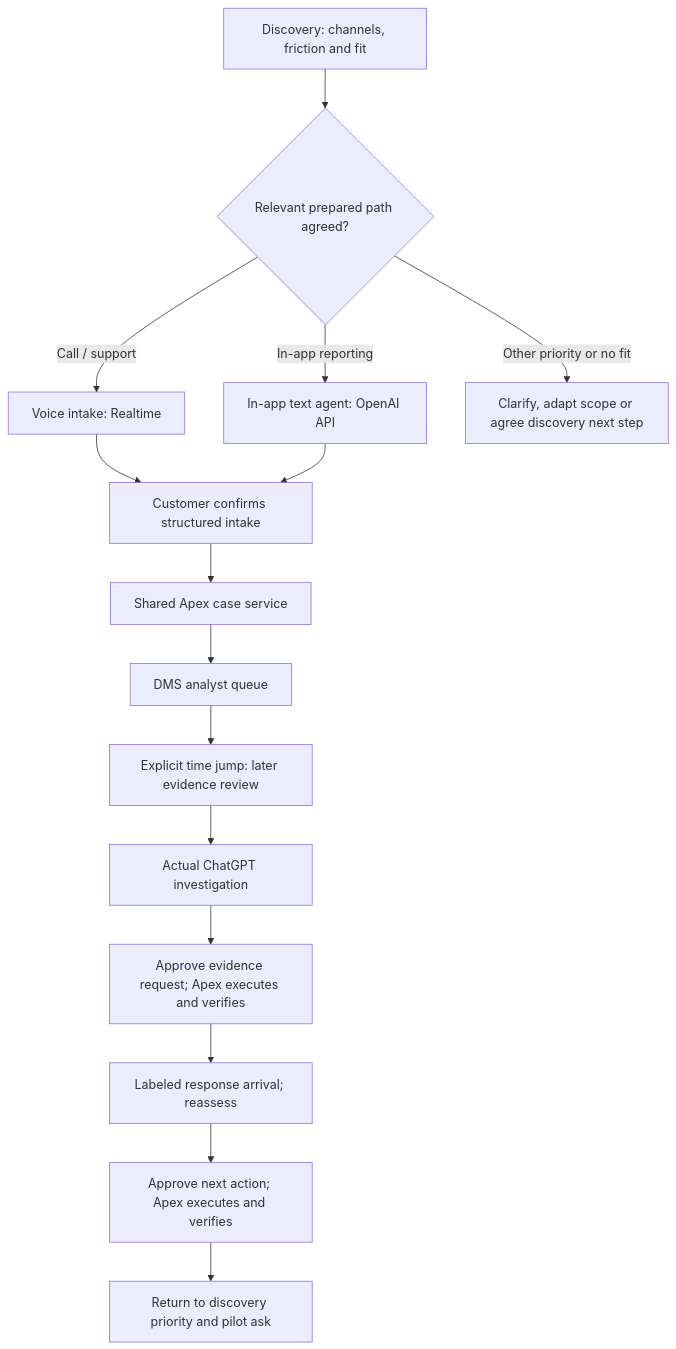
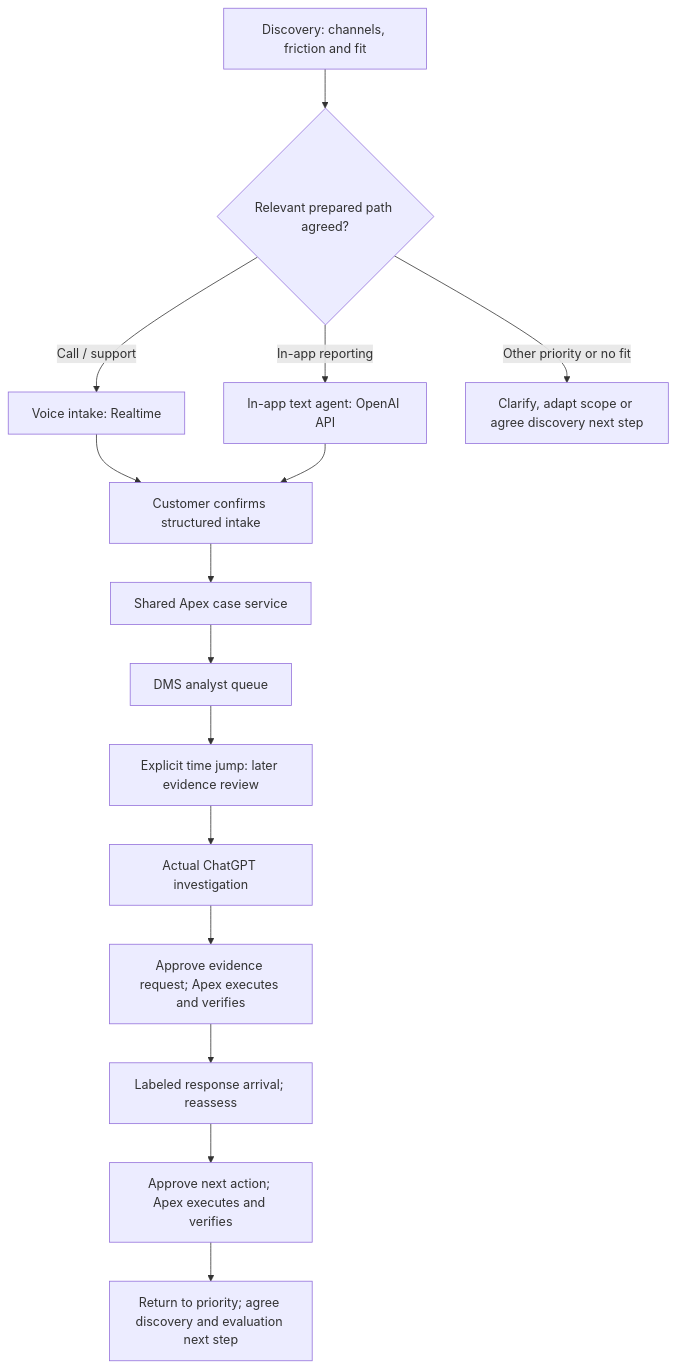
One commit to buildtheo/apex_demo changed the diagram in docs/discovery-and-outcomes.md. Above: the diagram before and after it, drawn with Mermaid. The commit also changed other lines of this file and 6 other files, not shown here.

Commit message:
Gate pilot launch on workflow discovery, boundaries and evaluations

````diff
--- a/docs/discovery-and-outcomes.md
+++ b/docs/discovery-and-outcomes.md
@@ -77,17 +77,17 @@
 ```mermaid
 flowchart TD
     A["Discovery: channels, friction and fit"] --> B{"Relevant prepared path agreed?"}
     B -->|"Call / support"| C["Voice intake: Realtime"]
     B -->|"In-app reporting"| D["In-app text agent: OpenAI API"]
     B -->|"Other priority or no fit"| N["Clarify, adapt scope or agree discovery next step"]
     C --> M["Customer confirms structured intake"]
     D --> M
     M --> E["Shared Apex case service"]
     E --> F["DMS analyst queue"]
     F --> G["Explicit time jump: later evidence review"]
     G --> H["Actual ChatGPT investigation"]
     H --> I["Approve evidence request; Apex executes and verifies"]
     I --> J["Labeled response arrival; reassess"]
     J --> K["Approve next action; Apex executes and verifies"]
-    K --> L["Return to discovery priority and pilot ask"]
+    K --> L["Return to priority; agree discovery and evaluation next step"]
 ```
````
